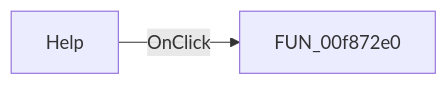
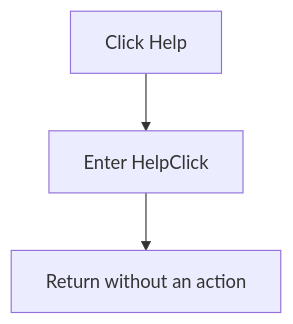
The diagram in docs/ui-controls/ramdisplaysettings/help-b3b15d7ea9.md (MovGP0/TIARA), drawn with Mermaid before and after one commit. The commit also changed other lines of this file and 1062 other files, not shown here.

````diff
--- a/docs/ui-controls/ramdisplaysettings/help-b3b15d7ea9.md
+++ b/docs/ui-controls/ramdisplaysettings/help-b3b15d7ea9.md
@@ -27,4 +29,5 @@
 ```mermaid
-flowchart LR
-    control["Help"] -->|OnClick| handler["FUN_00f872e0"]
+flowchart TD
+    click["Click Help"] --> handler["Enter HelpClick"]
+    handler --> return["Return without an action"]
 ```
````
